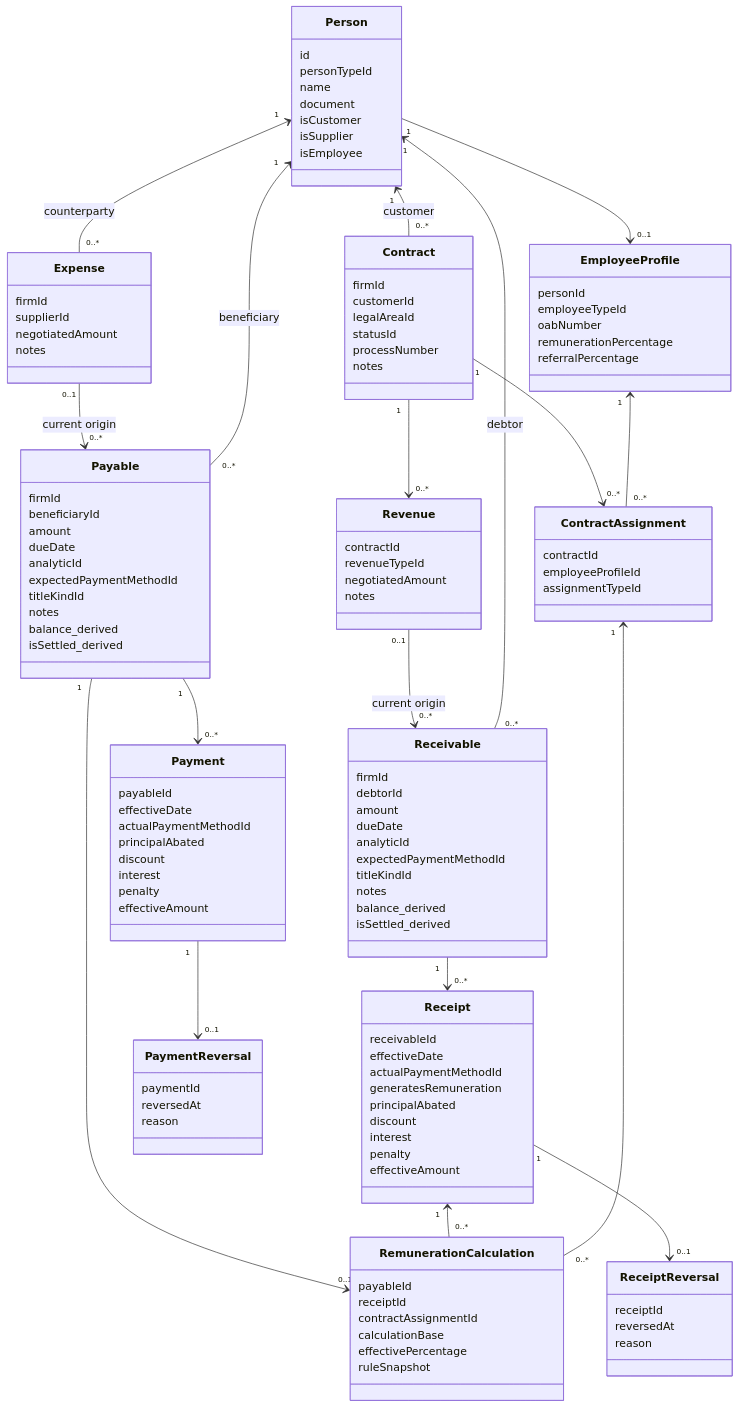
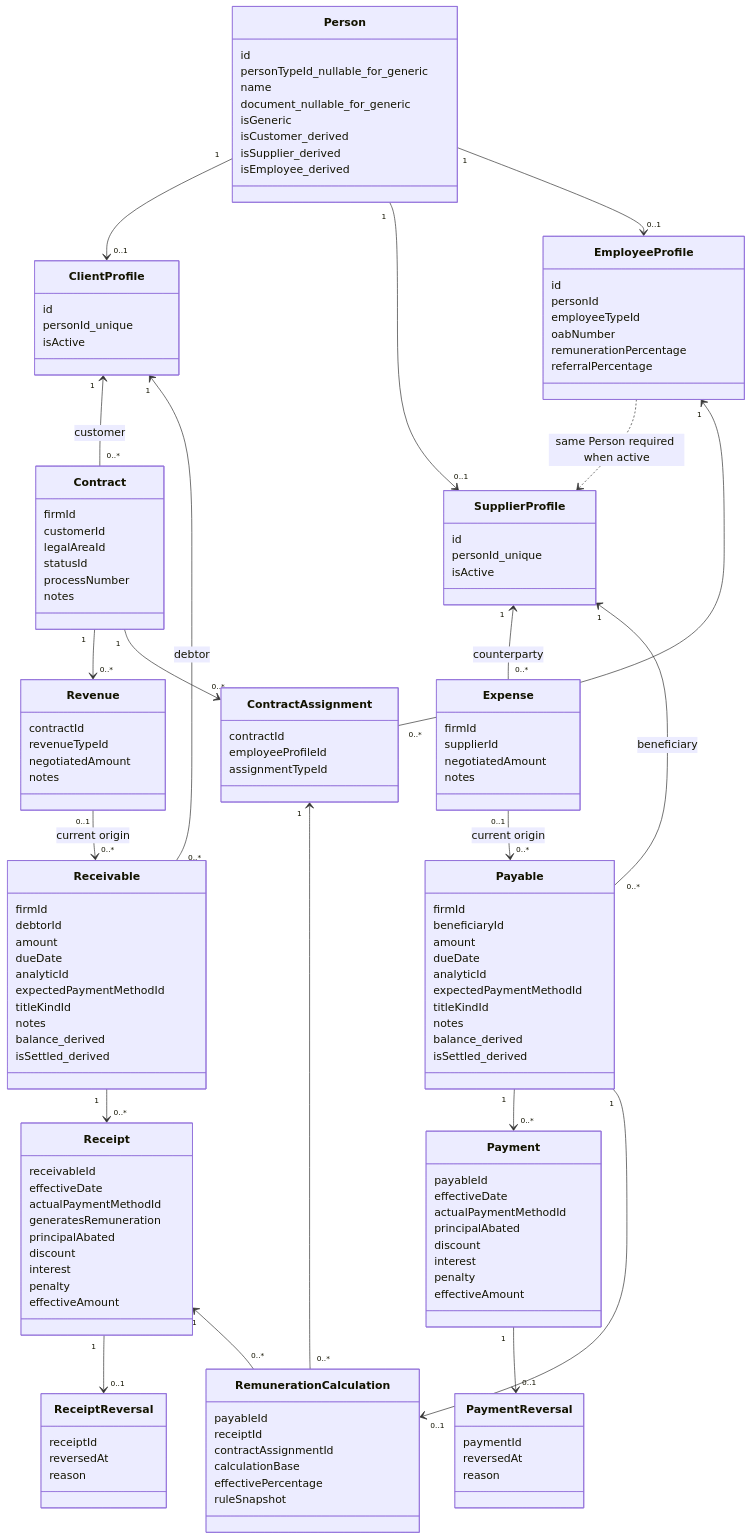
Before and after one commit to patrickbvargas/hono-start: the first of 2 diagrams in docs/domain/FINANCIAL_UML.md, drawn with Mermaid. The commit also changed other lines of this file and 135 other files, not shown here.

```diff
--- a/docs/domain/FINANCIAL_UML.md
+++ b/docs/domain/FINANCIAL_UML.md
@@ -11,14 +11,26 @@
 direction TB
 class Person {
   id
-  personTypeId
+  personTypeId_nullable_for_generic
   name
-  document
-  isCustomer
-  isSupplier
-  isEmployee
+  document_nullable_for_generic
+  isGeneric
+  isCustomer_derived
+  isSupplier_derived
+  isEmployee_derived
+}
+class ClientProfile {
+  id
+  personId_unique
+  isActive
+}
+class SupplierProfile {
+  id
+  personId_unique
+  isActive
 }
 class EmployeeProfile {
+  id
   personId
   employeeTypeId
   oabNumber
@@ -113,16 +125,19 @@
   reversedAt
   reason
 }
+Person "1" --> "0..1" ClientProfile
+Person "1" --> "0..1" SupplierProfile
 Person "1" --> "0..1" EmployeeProfile
-Person "1" <-- "0..*" Contract : customer
-Person "1" <-- "0..*" Expense : counterparty
+EmployeeProfile ..> SupplierProfile : same Person required when active
+ClientProfile "1" <-- "0..*" Contract : customer
+SupplierProfile "1" <-- "0..*" Expense : counterparty
 Contract "1" --> "0..*" Revenue
 Contract "1" --> "0..*" ContractAssignment
 EmployeeProfile "1" <-- "0..*" ContractAssignment
 Revenue "0..1" --> "0..*" Receivable : current origin
 Expense "0..1" --> "0..*" Payable : current origin
-Person "1" <-- "0..*" Receivable : debtor
-Person "1" <-- "0..*" Payable : beneficiary
+ClientProfile "1" <-- "0..*" Receivable : debtor
+SupplierProfile "1" <-- "0..*" Payable : beneficiary
 Receivable "1" --> "0..*" Receipt
 Payable "1" --> "0..*" Payment
 Receipt "1" --> "0..1" ReceiptReversal
```
